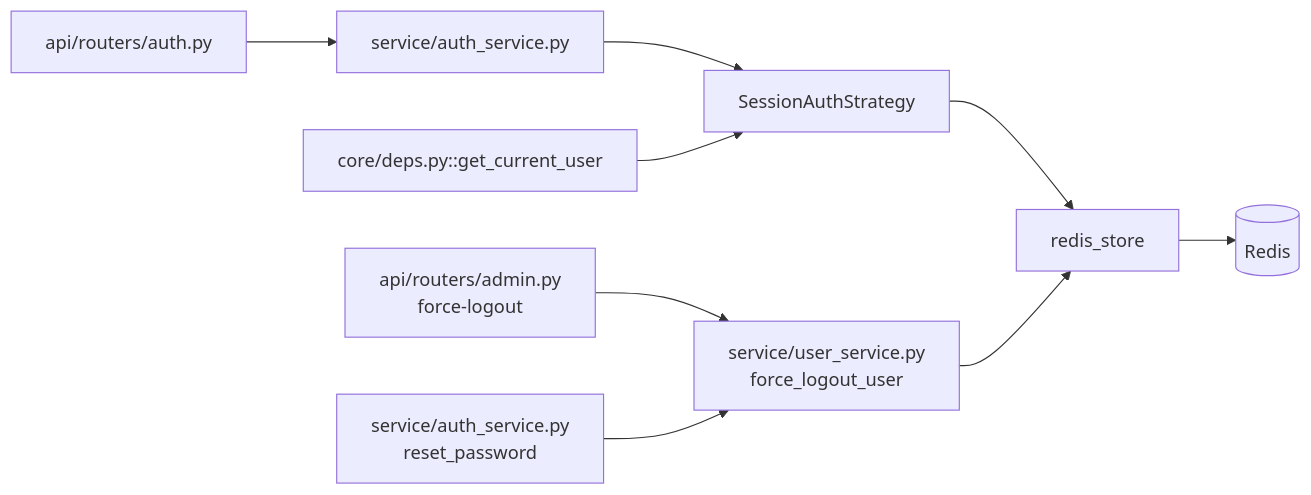
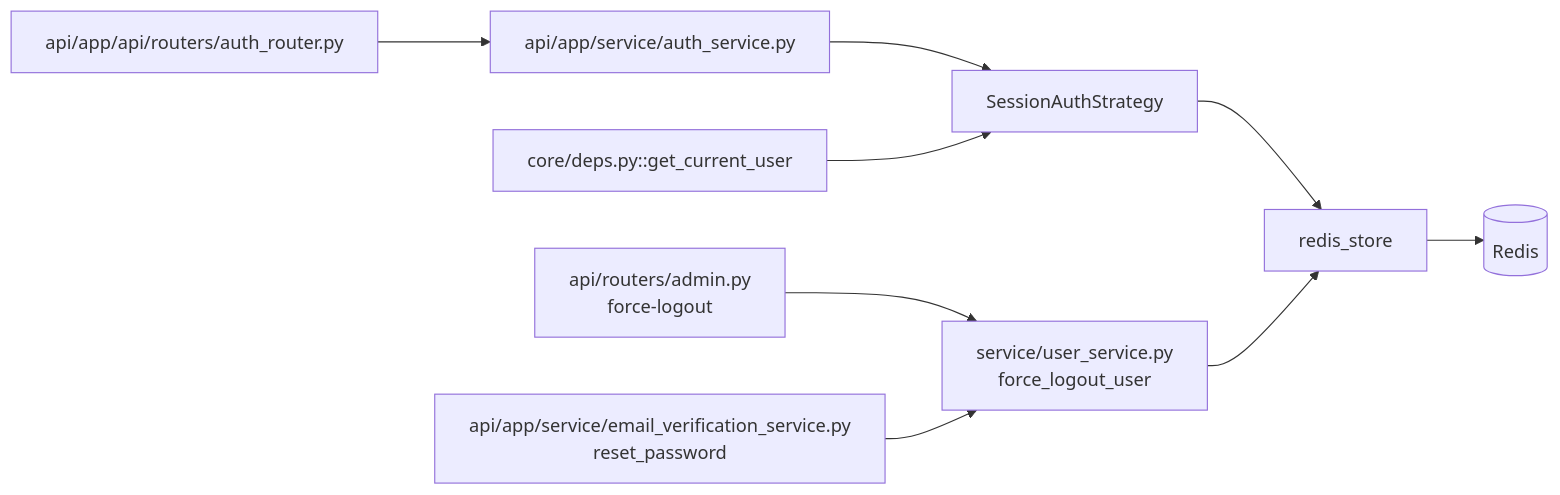
The sixth of 6 diagrams in docs/detailed_design/auth/01_session_auth.md (oikawa-d/task_management), drawn with Mermaid before and after one commit. The commit also changed 29 other files, not shown here.

````diff
--- a/docs/detailed_design/auth/01_session_auth.md
+++ b/docs/detailed_design/auth/01_session_auth.md
@@ -232,13 +232,13 @@
 ```mermaid
 flowchart LR
-    ROUTER["api/routers/auth.py"] --> SVC["service/auth_service.py"]
+    ROUTER["api/app/api/routers/auth_router.py"] --> SVC["api/app/service/auth_service.py"]
     SVC --> ST["SessionAuthStrategy"]
     ST --> STORE["redis_store"]
     STORE --> RD[("Redis")]
 
     ADMIN["api/routers/admin.py<br/>force-logout"] --> US["service/user_service.py<br/>force_logout_user"]
-    PWRESET["service/auth_service.py<br/>reset_password"] --> US
+    PWRESET["api/app/service/email_verification_service.py<br/>reset_password"] --> US
     US --> STORE
 
     DEP["core/deps.py::get_current_user"] --> ST
 ```
````
